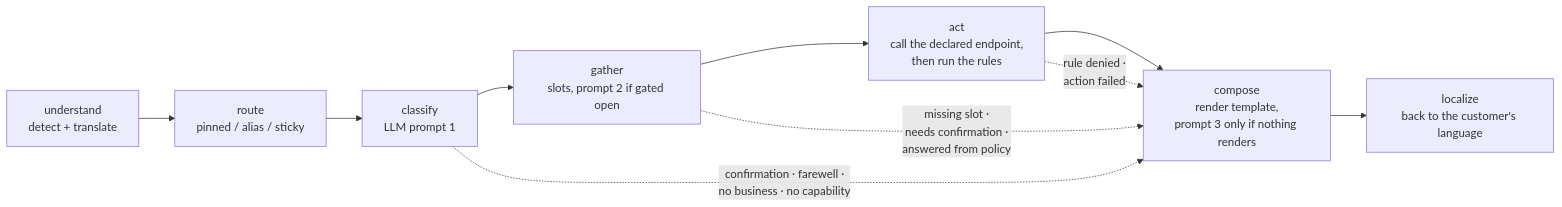
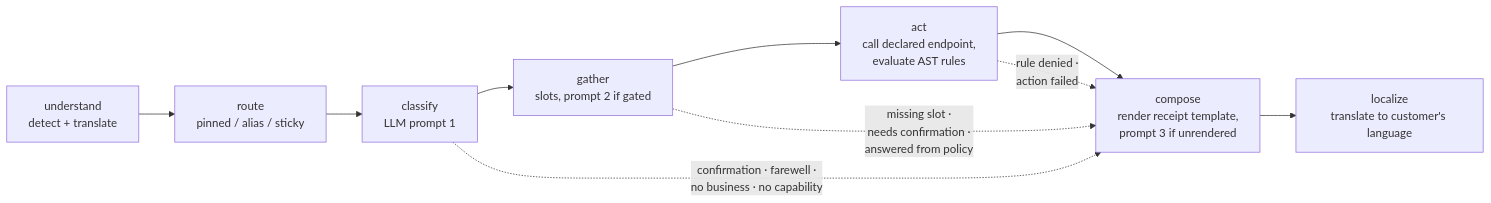
One commit to akashmeruva9/sahayak-ucxp-sarvam changed the second of 2 diagrams in README.md. Above: the diagram before and after it, drawn with Mermaid. The commit also changed other lines of this file, not shown here.

Commit message:
docs: restructure README with prominent live, demo, and slides in open-lens format

````diff
--- a/README.md
+++ b/README.md
@@ -160,13 +152,13 @@
 ```mermaid
 flowchart LR
     U["understand<br/>detect + translate"] --> R["route<br/>pinned / alias / sticky"]
     R --> C["classify<br/>LLM prompt 1"]
-    C --> G["gather<br/>slots, prompt 2 if gated open"]
-    G --> A["act<br/>call the declared endpoint,<br/>then run the rules"]
-    A --> CO["compose<br/>render template,<br/>prompt 3 only if nothing renders"]
-    CO --> L["localize<br/>back to the customer's language"]
+    C --> G["gather<br/>slots, prompt 2 if gated"]
+    G --> A["act<br/>call declared endpoint,<br/>evaluate AST rules"]
+    A --> CO["compose<br/>render receipt template,<br/>prompt 3 if unrendered"]
+    CO --> L["localize<br/>translate to customer's language"]
 
     C -. "confirmation · farewell ·<br/>no business · no capability" .-> CO
     G -. "missing slot ·<br/>needs confirmation ·<br/>answered from policy" .-> CO
     A -. "rule denied ·<br/>action failed" .-> CO
 ```
````
